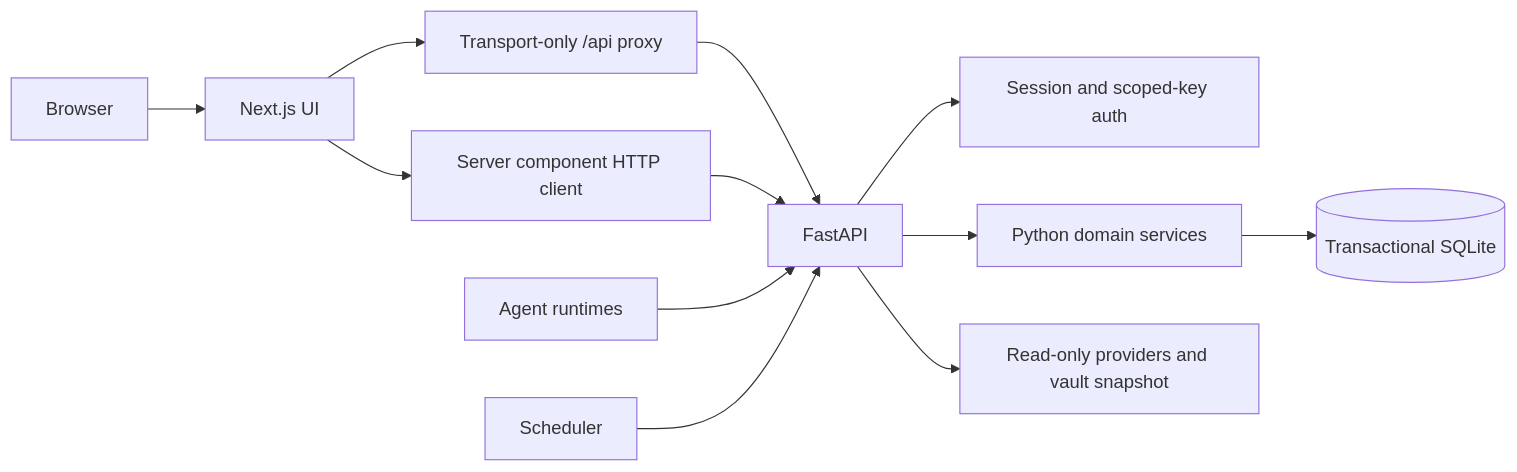
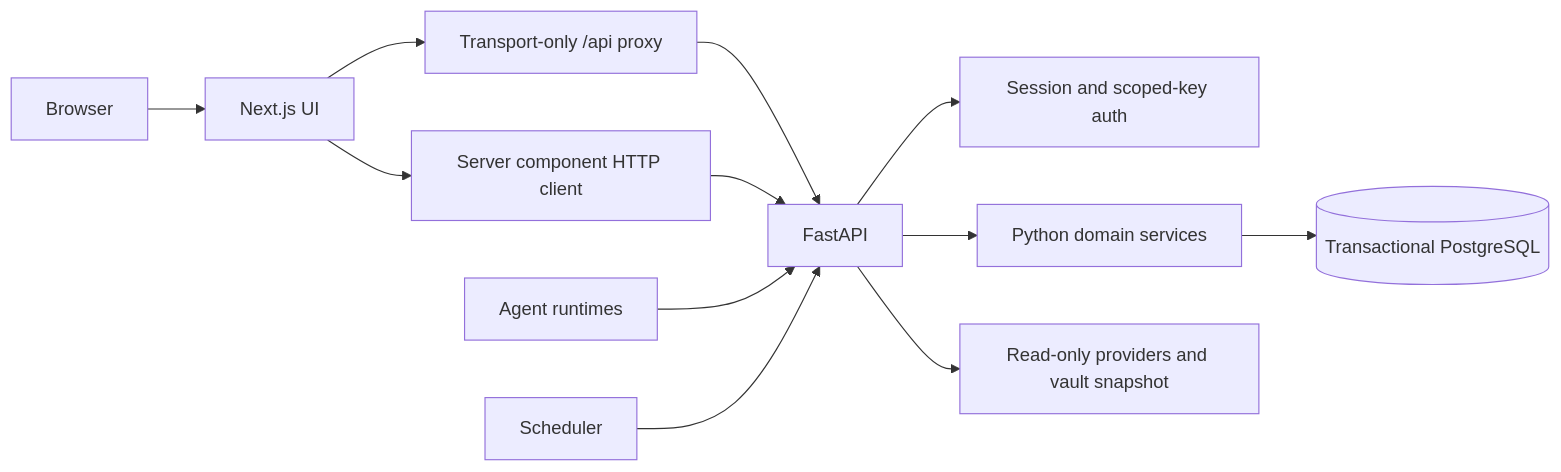
Before and after one commit to juniorworku/watch-tower: the diagram in docs/ARCHITECTURE.md, drawn with Mermaid. The commit also changed other lines of this file and 16 other files, not shown here.

Commit message:
feat: migrate from SQLite to PostgreSQL with Docker support; update configuration and documentation

````diff
--- a/docs/ARCHITECTURE.md
+++ b/docs/ARCHITECTURE.md
@@ -5,14 +5,14 @@
 ```mermaid
 flowchart LR
   Browser --> Next[Next.js UI]
   Next --> Proxy[Transport-only /api proxy]
   Next --> SSR[Server component HTTP client]
   Proxy --> API[FastAPI]
   SSR --> API
   Bots[Agent runtimes] --> API
   Cron[Scheduler] --> API
   API --> Auth[Session and scoped-key auth]
   API --> Domain[Python domain services]
-  Domain --> SQLite[(Transactional SQLite)]
+  Domain --> PostgreSQL[(Transactional PostgreSQL)]
   API --> Providers[Read-only providers and vault snapshot]
 ```
````
